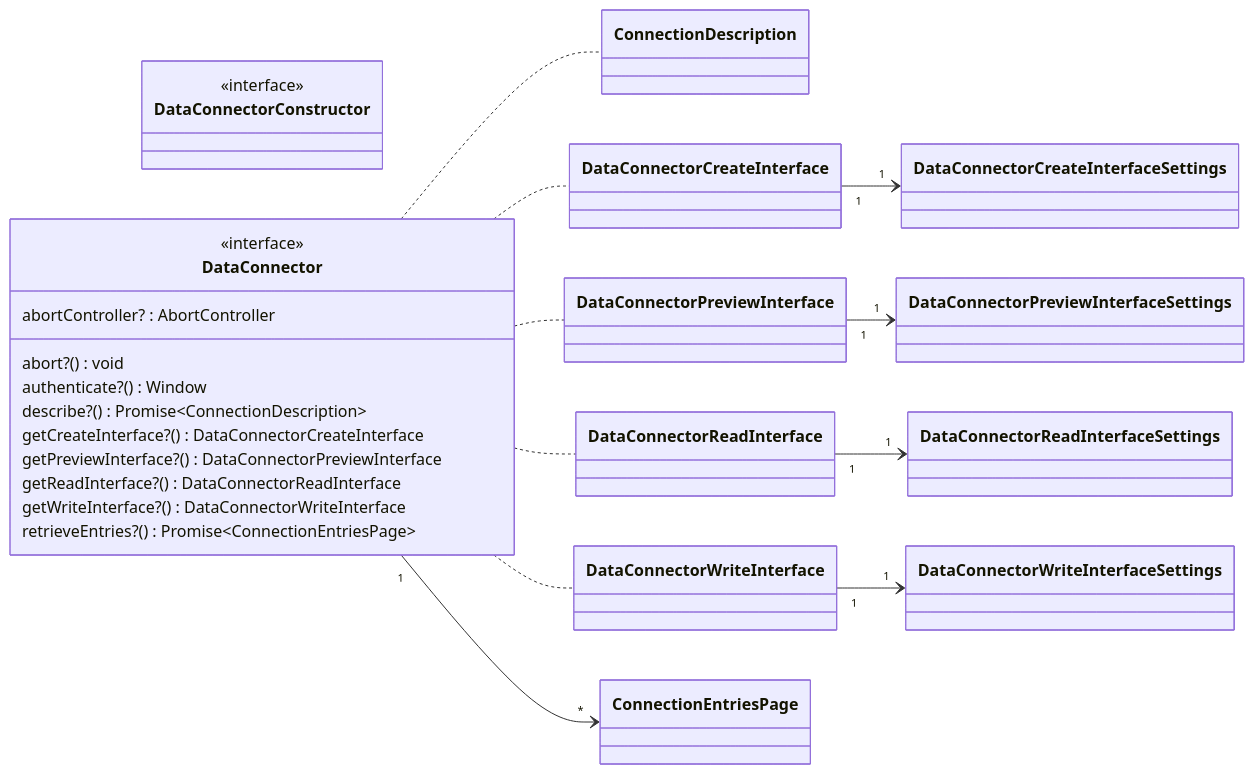
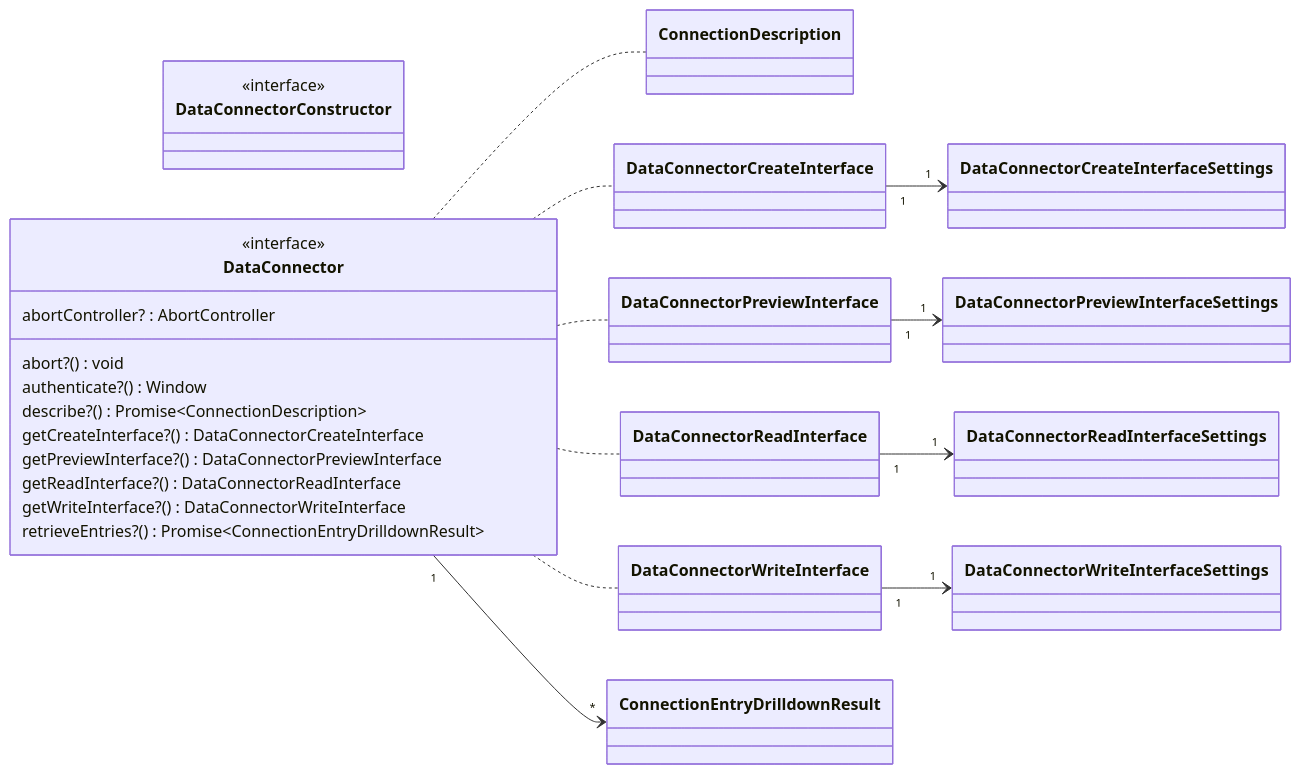
One commit to data-positioning/datapos-shared changed the sixth of 22 diagrams in README.md. Above: the diagram before and after it, drawn with Mermaid. The commit also changed 5 other files, not shown here.

````diff
--- a/README.md
+++ b/README.md
@@ -217,32 +217,32 @@
 ```mermaid
 classDiagram
     direction LR
 
     class DataConnectorConstructor {
         <<interface>>
     }
 
     class DataConnector {
         <<interface>>
         abortController? :  AbortController
         abort?() void
         authenticate?() Window
         describe?() Promise~ConnectionDescription~
         getCreateInterface?() DataConnectorCreateInterface
         getPreviewInterface?() DataConnectorPreviewInterface
         getReadInterface?() DataConnectorReadInterface
         getWriteInterface?() DataConnectorWriteInterface
-        retrieveEntries?() Promise~ConnectionEntriesPage~
+        retrieveEntries?() Promise~ConnectionEntryDrilldownResult~
     }
 
     DataConnector .. ConnectionDescription
     DataConnector .. DataConnectorCreateInterface
     DataConnectorCreateInterface "1" --> "1" DataConnectorCreateInterfaceSettings
     DataConnector .. DataConnectorPreviewInterface
     DataConnectorPreviewInterface "1" --> "1" DataConnectorPreviewInterfaceSettings
     DataConnector .. DataConnectorReadInterface
     DataConnectorReadInterface "1" --> "1" DataConnectorReadInterfaceSettings
     DataConnector .. DataConnectorWriteInterface
     DataConnectorWriteInterface "1" --> "1" DataConnectorWriteInterfaceSettings
-    DataConnector "1" --> "*" ConnectionEntriesPage
+    DataConnector "1" --> "*" ConnectionEntryDrilldownResult
 ```
````
